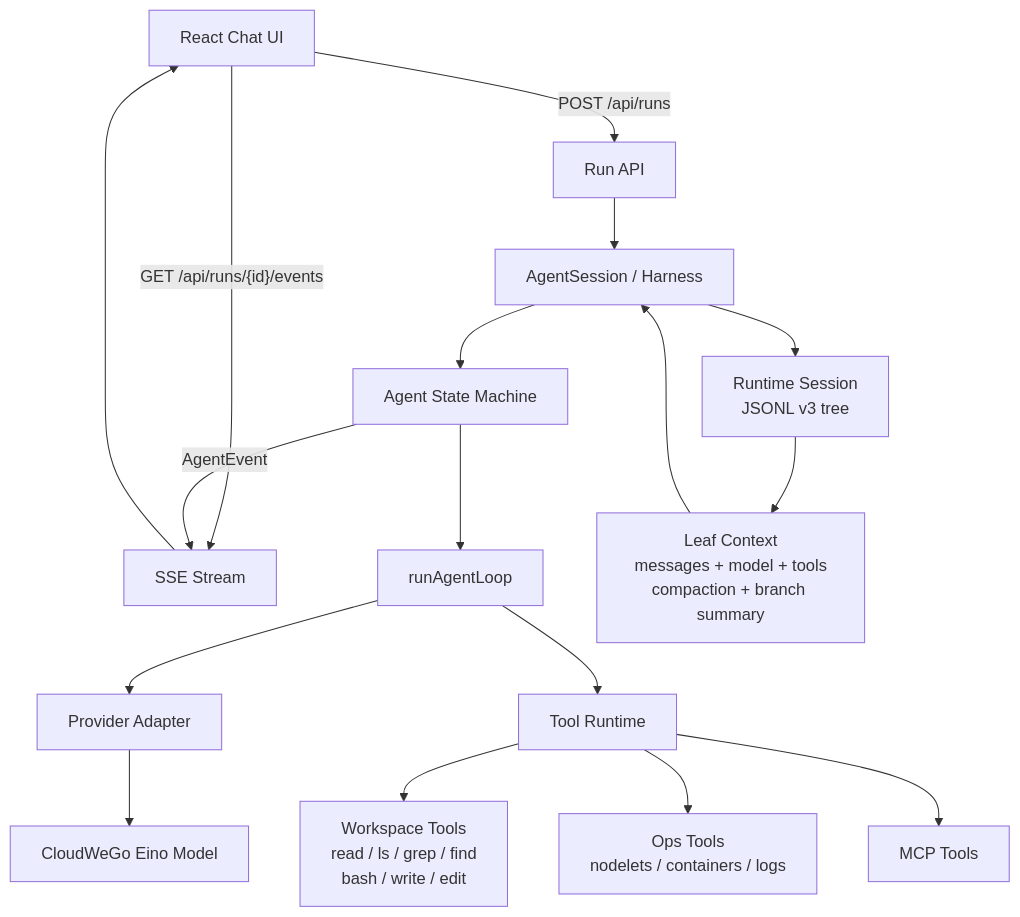
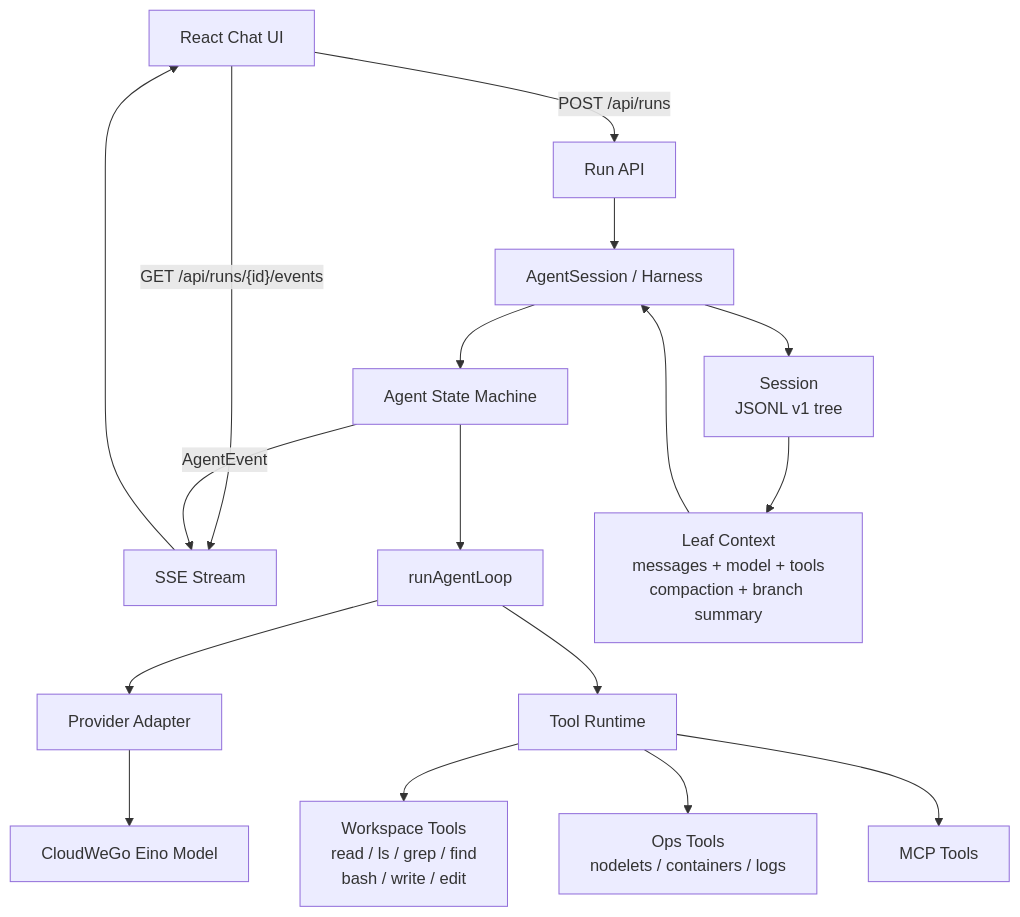
The second of 2 diagrams in README.md (agermel/oops), drawn with Mermaid before and after one commit. The commit also changed other lines of this file and 2 other files, not shown here.

Commit message:
docs(session): use local v1 terminology

````diff
--- a/README.md
+++ b/README.md
@@ -68,23 +68,23 @@
 ```mermaid
 graph TB
     React["React Chat UI"] -->|"POST /api/runs"| RunAPI["Run API"]
     React -->|"GET /api/runs/{id}/events"| SSE["SSE Stream"]
 
     RunAPI --> AgentSession["AgentSession / Harness"]
     AgentSession --> Agent["Agent State Machine"]
     Agent --> Loop["runAgentLoop"]
     Loop --> Provider["Provider Adapter"]
     Provider --> Eino["CloudWeGo Eino Model"]
 
     Loop --> ToolRunner["Tool Runtime"]
     ToolRunner --> WorkspaceTools["Workspace Tools<br/>read / ls / grep / find<br/>bash / write / edit"]
     ToolRunner --> OpsTools["Ops Tools<br/>nodelets / containers / logs"]
     ToolRunner --> MCPTools["MCP Tools"]
 
-    AgentSession --> RuntimeSession["Runtime Session<br/>JSONL v3 tree"]
+    AgentSession --> RuntimeSession["Session<br/>JSONL v1 tree"]
     RuntimeSession --> Context["Leaf Context<br/>messages + model + tools<br/>compaction + branch summary"]
     Context --> AgentSession
 
     Agent -->|"AgentEvent"| SSE
     SSE --> React
 ```
````
